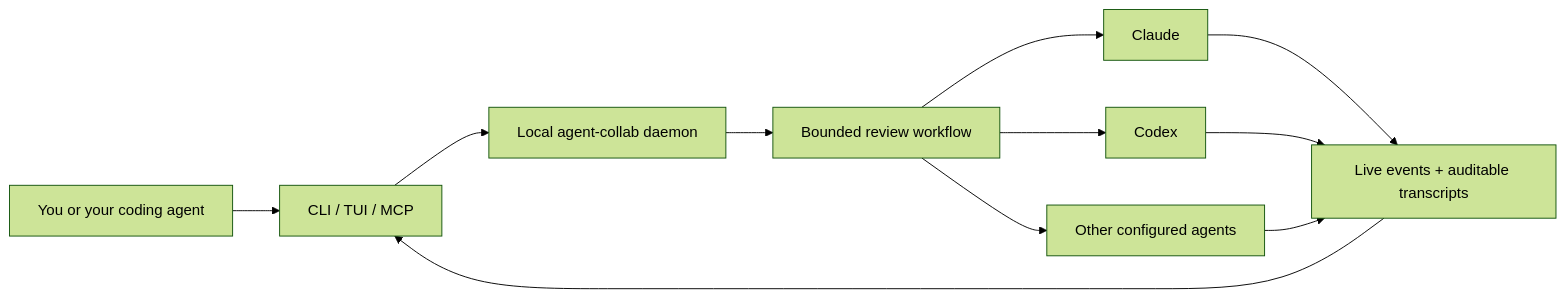
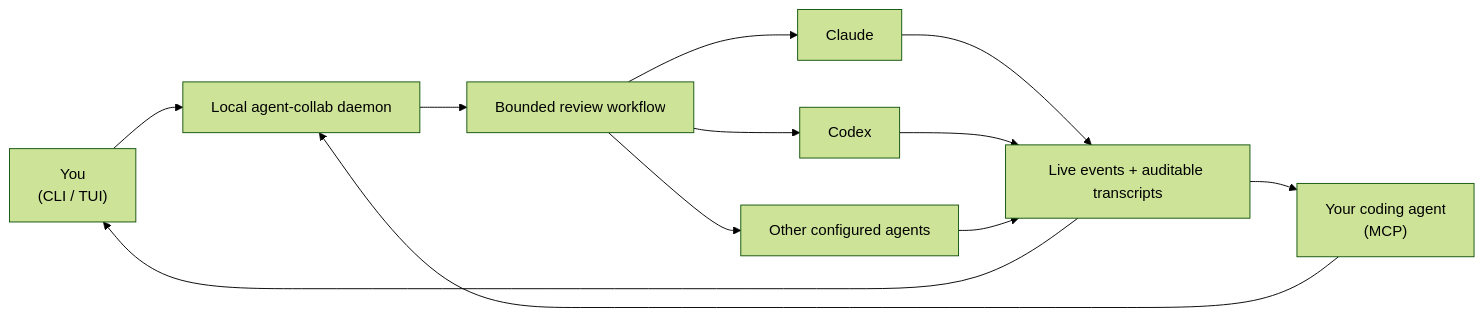
Before and after one commit to lauriparviainen/agent_collab: the diagram in README.md, drawn with Mermaid (forest theme). The commit also changed other lines of this file and 18 other files, not shown here.

````diff
--- a/README.md
+++ b/README.md
@@ -20,20 +25,23 @@
 ```mermaid
 flowchart LR
-    U["You or your coding agent"]
-    C["CLI / TUI / MCP"]
+    H["You<br>(CLI / TUI)"]
+    M["Your coding agent<br>(MCP)"]
     D["Local agent-collab daemon"]
     W["Bounded review workflow"]
     A["Claude"]
     B["Codex"]
     O["Other configured agents"]
     T["Live events + auditable transcripts"]
 
-    U --> C --> D --> W
+    H --> D
+    M --> D
+    D --> W
     W --> A
     W --> B
     W --> O
     A --> T
     B --> T
     O --> T
-    T --> C
+    T --> H
+    T --> M
 ```
````
